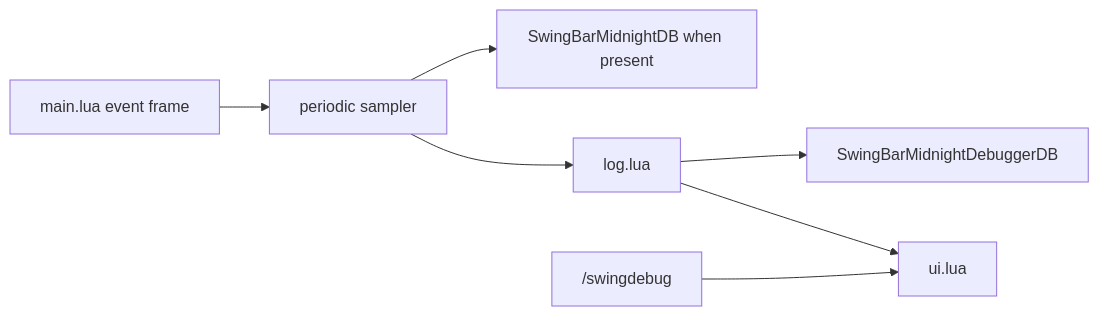
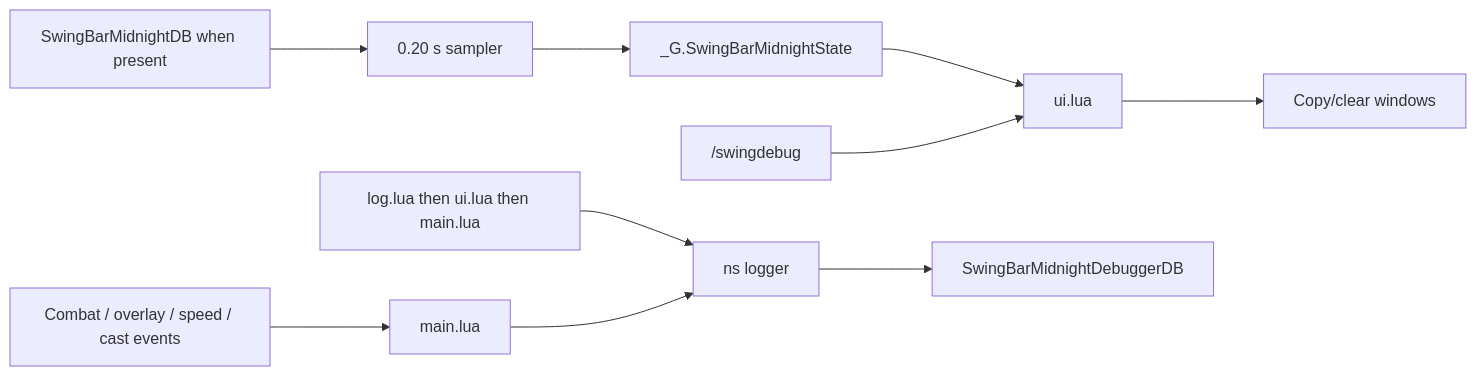
One commit to UnknownAlienHuman/swing-bar-midnight-debugger changed the diagram in CODE_GRAPH.md. Above: the diagram before and after it, drawn with Mermaid. The commit also changed other lines of this file and 3 other files, not shown here.

Commit message:
Publish SwingBarMidnight Debugger from WoWDevAddons e27683052380

````diff
--- a/CODE_GRAPH.md
+++ b/CODE_GRAPH.md
@@ -3,9 +3,12 @@
 ```mermaid
 flowchart LR
-  Events[main.lua event frame] --> Sampler[periodic sampler]
-  Sampler --> MainDB[SwingBarMidnightDB when present]
-  Sampler --> Log[log.lua]
-  Log --> DebugDB[SwingBarMidnightDebuggerDB]
-  Log --> UI[ui.lua]
+  TOC[log.lua then ui.lua then main.lua] --> Logger[ns logger]
+  Events[Combat / overlay / speed / cast events] --> Main[main.lua]
+  Main --> Logger
+  Sampler[0.20 s sampler] --> MainState[_G.SwingBarMidnightState]
+  MainDB[SwingBarMidnightDB when present] --> Sampler
+  MainState --> UI[ui.lua]
+  Logger --> DebugDB[SwingBarMidnightDebuggerDB]
   Command["/swingdebug"] --> UI
+  UI --> Copy[Copy/clear windows]
 ```
````
